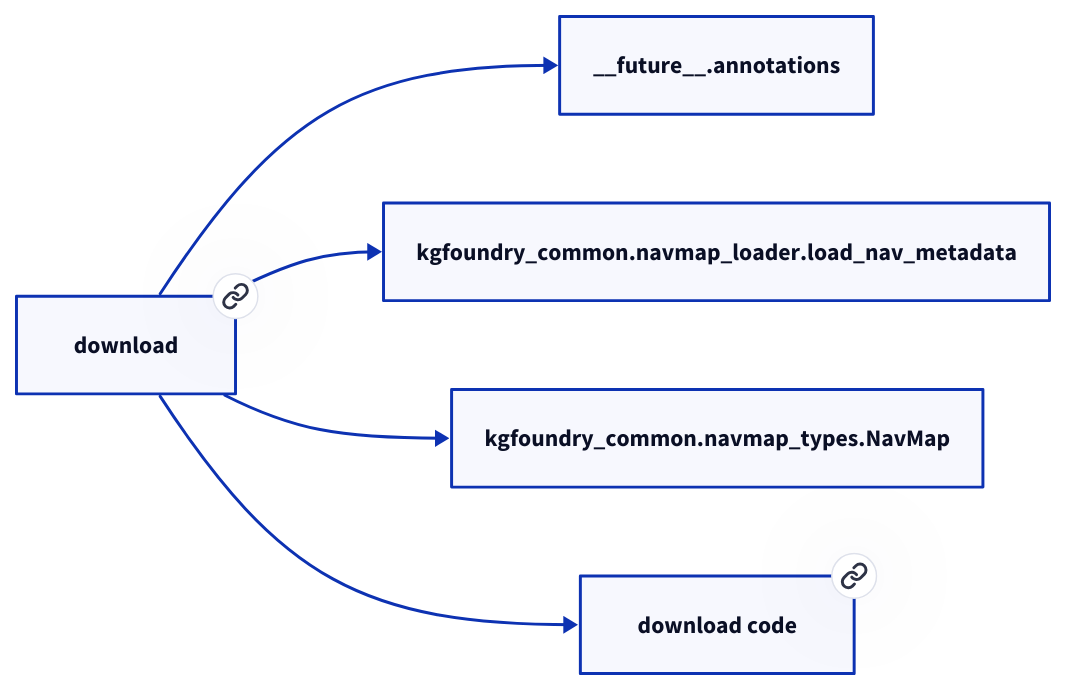
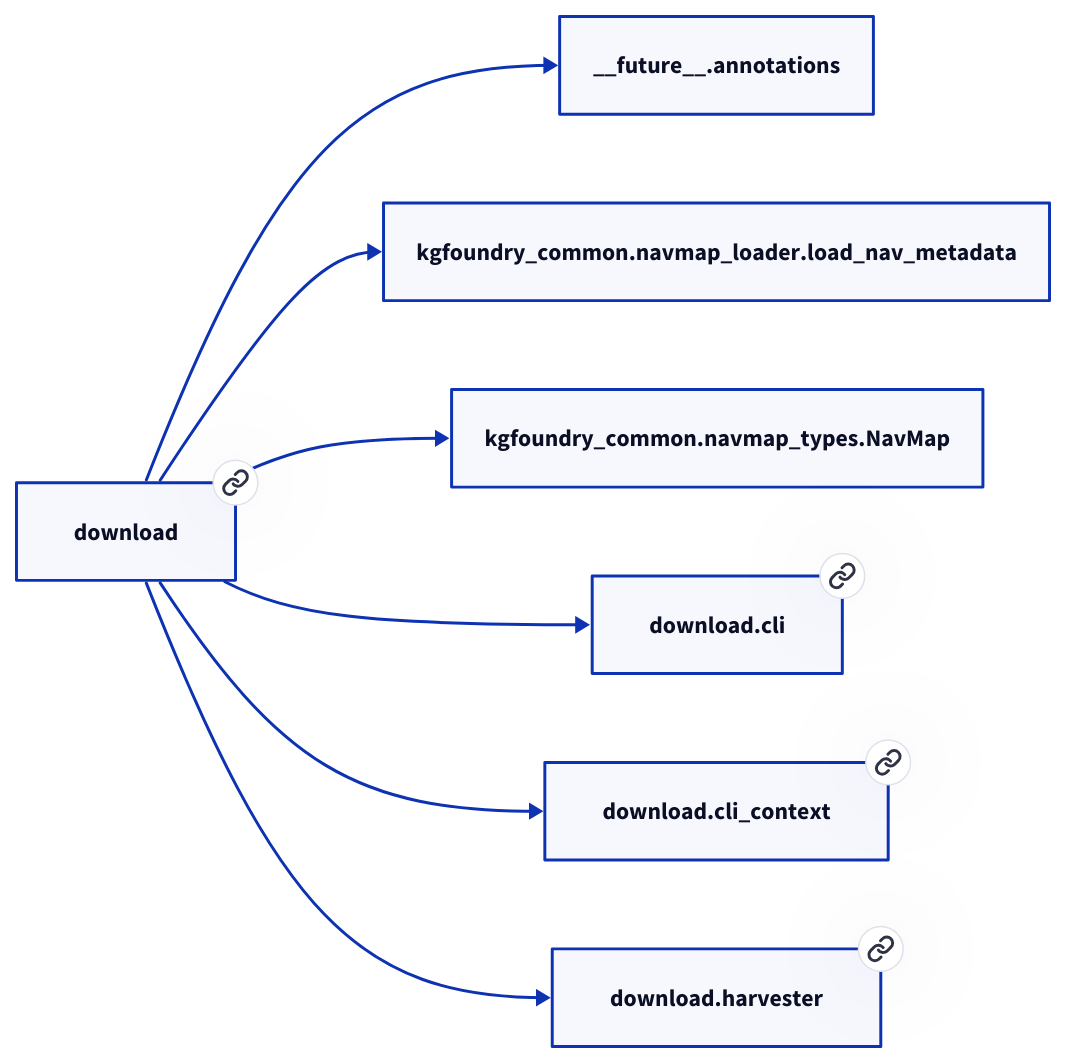
The diagram in docs/modules/download.md (paul-heyse/kgforge), drawn with D2 before and after one commit. The commit also changed other lines of this file and 208 other files, not shown here.

````diff
--- a/docs/modules/download.md
+++ b/docs/modules/download.md
@@ -19,12 +23,16 @@
 ```d2
 direction: right
-"download": "download" { link: "./download.md" }
+"download": "download" { link: "https://github.com/paul-heyse/kgfoundry/blob/main/src/download/__init__.py" }
 "__future__.annotations": "__future__.annotations"
 "download" -> "__future__.annotations"
 "kgfoundry_common.navmap_loader.load_nav_metadata": "kgfoundry_common.navmap_loader.load_nav_metadata"
 "download" -> "kgfoundry_common.navmap_loader.load_nav_metadata"
 "kgfoundry_common.navmap_types.NavMap": "kgfoundry_common.navmap_types.NavMap"
 "download" -> "kgfoundry_common.navmap_types.NavMap"
-"download_code": "download code" { link: "https://github.com/kgfoundry/kgfoundry/blob/main/src/download/__init__.py" }
-"download" -> "download_code" { style: dashed }
+"download.cli": "download.cli" { link: "https://github.com/paul-heyse/kgfoundry/blob/main/src/download/cli.py" }
+"download" -> "download.cli" { style: dashed }
+"download.cli_context": "download.cli_context" { link: "https://github.com/paul-heyse/kgfoundry/blob/main/src/download/cli_context.py" }
+"download" -> "download.cli_context" { style: dashed }
+"download.harvester": "download.harvester" { link: "https://github.com/paul-heyse/kgfoundry/blob/main/src/download/harvester.py" }
+"download" -> "download.harvester" { style: dashed }
 ```
````
